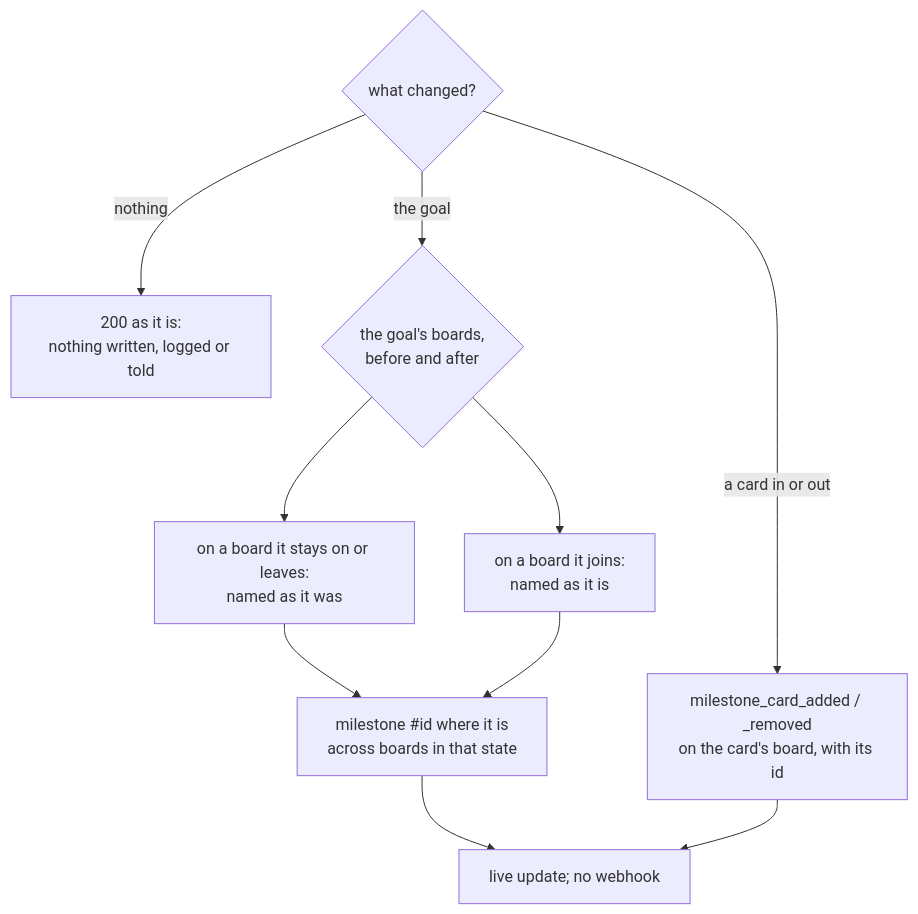
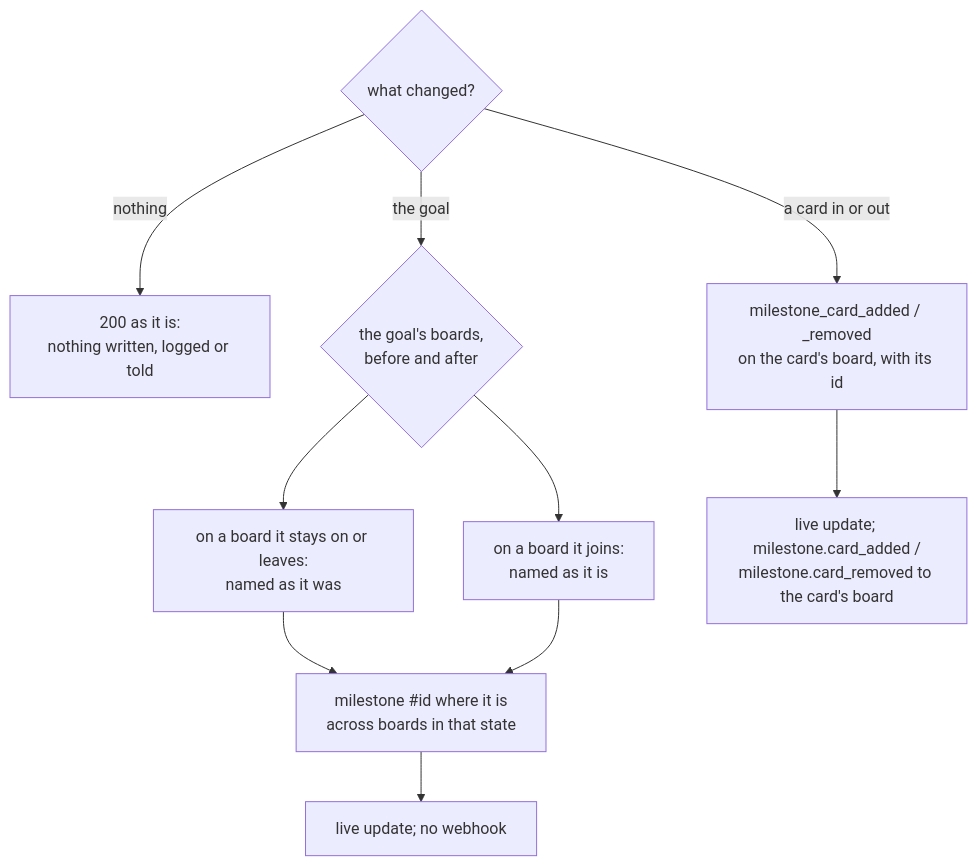
Before and after one commit to gitBoon/DumpFire: the seventh of 11 diagrams in docs/api-reference.md, drawn with Mermaid. The commit also changed other lines of this file and 31 other files, not shown here.

````diff
--- a/docs/api-reference.md
+++ b/docs/api-reference.md
@@ -3029,10 +3043,11 @@
 ```mermaid
 flowchart TD
     G{"what changed?"} -->|"nothing"| N["200 as it is:<br/>nothing written, logged or told"]
     G -->|"the goal"| B{"the goal's boards,<br/>before and after"}
     B --> E1["on a board it stays on or leaves:<br/>named as it was"]
     B --> E2["on a board it joins:<br/>named as it is"]
     E1 & E2 --> X["milestone #id where it is<br/>across boards in that state"]
     G -->|"a card in or out"| C["milestone_card_added / _removed<br/>on the card's board, with its id"]
-    X & C --> L["live update; no webhook"]
+    X --> L["live update; no webhook"]
+    C --> LC["live update; milestone.card_added /<br/>milestone.card_removed to the card's board"]
 ```
````
